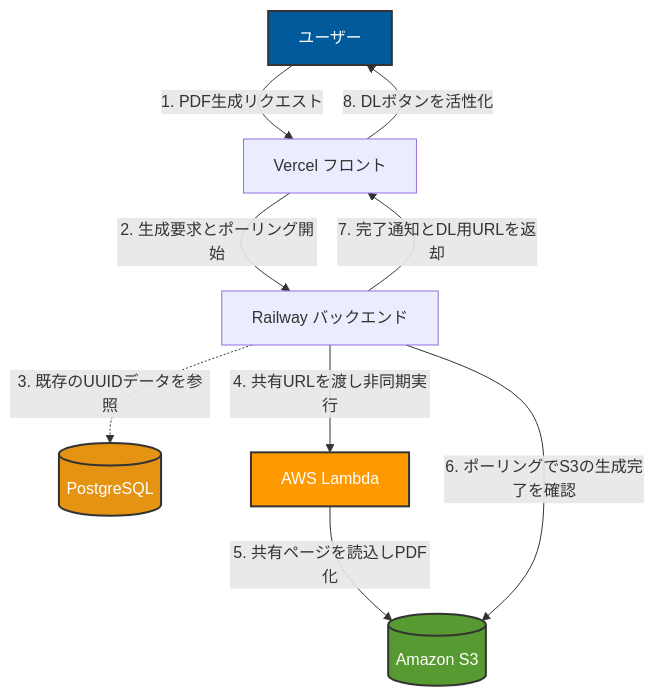
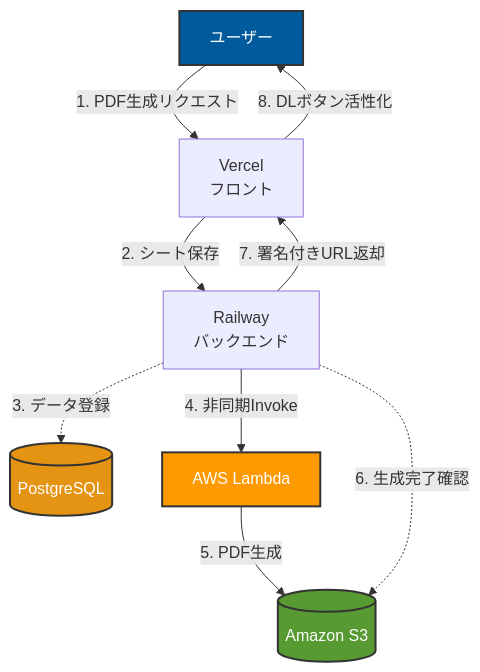
Before and after one commit to masa2401/FullStack-CreateSkillSheet: the second of 2 diagrams in README.md, drawn with Mermaid. The commit also changed other lines of this file and 6 other files, not shown here.

````diff
--- a/README.md
+++ b/README.md
@@ -100,24 +95,24 @@
 ```mermaid
 graph TD
     User[ユーザー]
-    Vercel[Vercel フロント]
-    Railway[Railway バックエンド]
+    Vercel[Vercel<br>フロント]
+    Railway[Railway<br>バックエンド]
     DB[(PostgreSQL)]
     Lambda[AWS Lambda]
     S3[(Amazon S3)]
 
     User -->|1. PDF生成リクエスト| Vercel
-    Vercel -->|2. 生成要求とポーリング開始| Railway
-    Railway -.->|3. 既存のUUIDデータを参照| DB
-    Railway -->|4. 共有URLを渡し非同期実行| Lambda
-    Lambda -->|5. 共有ページを読込しPDF化| S3
-    Railway -->|6. ポーリングでS3の生成完了を確認| S3
-    Railway -->|7. 完了通知とDL用URLを返却| Vercel
-    Vercel -->|8. DLボタンを活性化| User
+    Vercel -->|2. シート保存| Railway
+    Railway -.->|3. データ登録| DB
+    Railway -->|4. 非同期Invoke| Lambda
+    Lambda -->|5. PDF生成| S3
+    Railway -.->|6. 生成完了確認| S3
+    Railway -->|7. 署名付きURL返却| Vercel
+    Vercel -->|8. DLボタン活性化| User
 
     %% スタイルの設定
     style User fill:#005A9C,stroke:#333,stroke-width:2px,color:#fff
     style DB fill:#E49313,stroke:#333,stroke-width:2px,color:#fff
     style Lambda fill:#FF9900,stroke:#333,stroke-width:2px,color:#fff
     style S3 fill:#569A31,stroke:#333,stroke-width:2px,color:#fff
 ```
````
